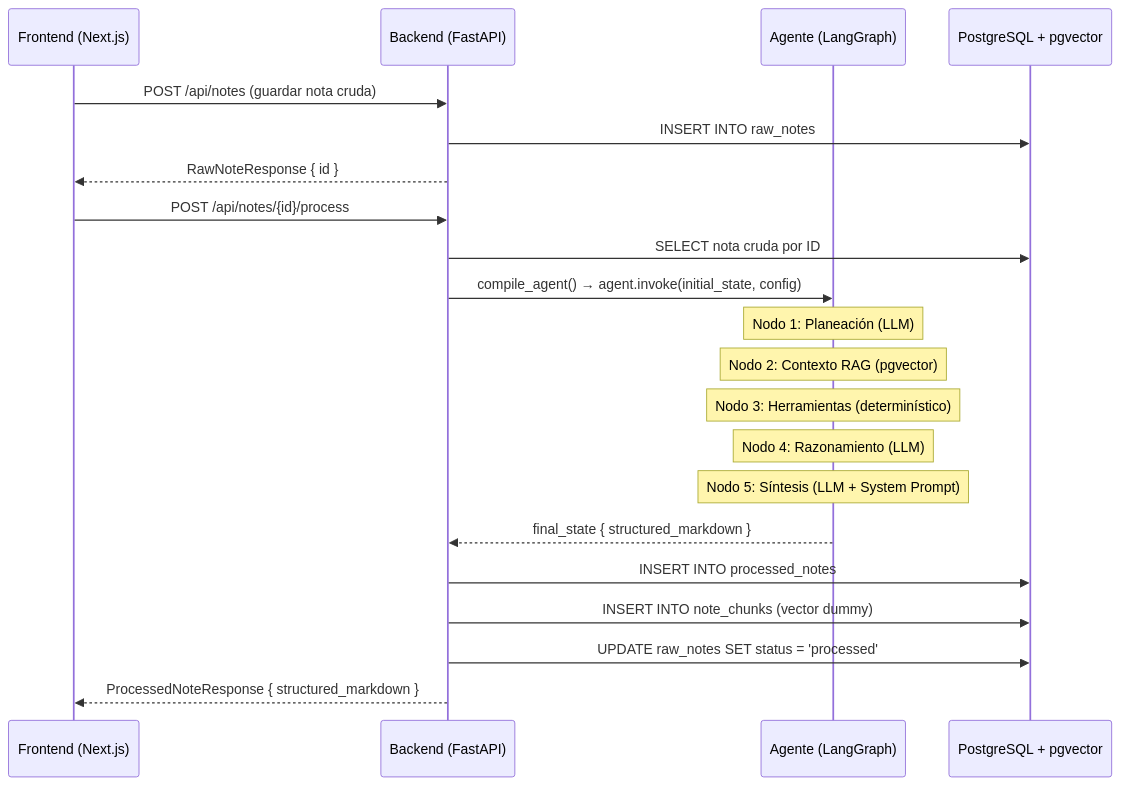
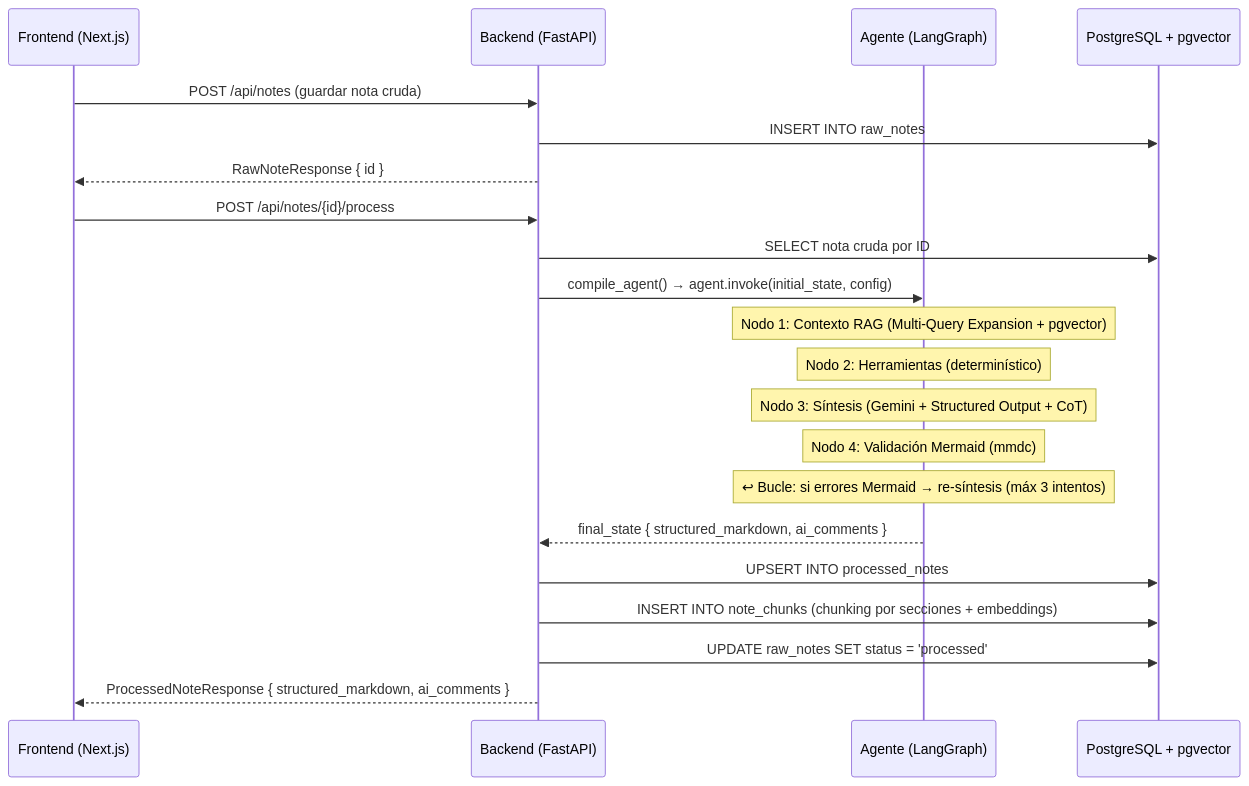
Before and after one commit to JamesKristofUbiarco/Concat-notes: the second of 9 diagrams in docs/agent-architecture.md, drawn with Mermaid. The commit also changed other lines of this file and 27 other files, not shown here.

````diff
--- a/docs/agent-architecture.md
+++ b/docs/agent-architecture.md
@@ -30,27 +33,27 @@
 ```mermaid
 sequenceDiagram
     participant FE as Frontend (Next.js)
     participant API as Backend (FastAPI)
     participant AG as Agente (LangGraph)
     participant DB as PostgreSQL + pgvector
 
     FE->>API: POST /api/notes (guardar nota cruda)
     API->>DB: INSERT INTO raw_notes
     API-->>FE: RawNoteResponse { id }
 
     FE->>API: POST /api/notes/{id}/process
     API->>DB: SELECT nota cruda por ID
     API->>AG: compile_agent() → agent.invoke(initial_state, config)
 
-    Note over AG: Nodo 1: Planeación (LLM)
-    Note over AG: Nodo 2: Contexto RAG (pgvector)
-    Note over AG: Nodo 3: Herramientas (determinístico)
-    Note over AG: Nodo 4: Razonamiento (LLM)
-    Note over AG: Nodo 5: Síntesis (LLM + System Prompt)
+    Note over AG: Nodo 1: Contexto RAG (Multi-Query Expansion + pgvector)
+    Note over AG: Nodo 2: Herramientas (determinístico)
+    Note over AG: Nodo 3: Síntesis (Gemini + Structured Output + CoT)
+    Note over AG: Nodo 4: Validación Mermaid (mmdc)
+    Note over AG: ↩ Bucle: si errores Mermaid → re-síntesis (máx 3 intentos)
 
-    AG-->>API: final_state { structured_markdown }
-    API->>DB: INSERT INTO processed_notes
-    API->>DB: INSERT INTO note_chunks (vector dummy)
+    AG-->>API: final_state { structured_markdown, ai_comments }
+    API->>DB: UPSERT INTO processed_notes
+    API->>DB: INSERT INTO note_chunks (chunking por secciones + embeddings)
     API->>DB: UPDATE raw_notes SET status = 'processed'
-    API-->>FE: ProcessedNoteResponse { structured_markdown }
+    API-->>FE: ProcessedNoteResponse { structured_markdown, ai_comments }
 ```
````
